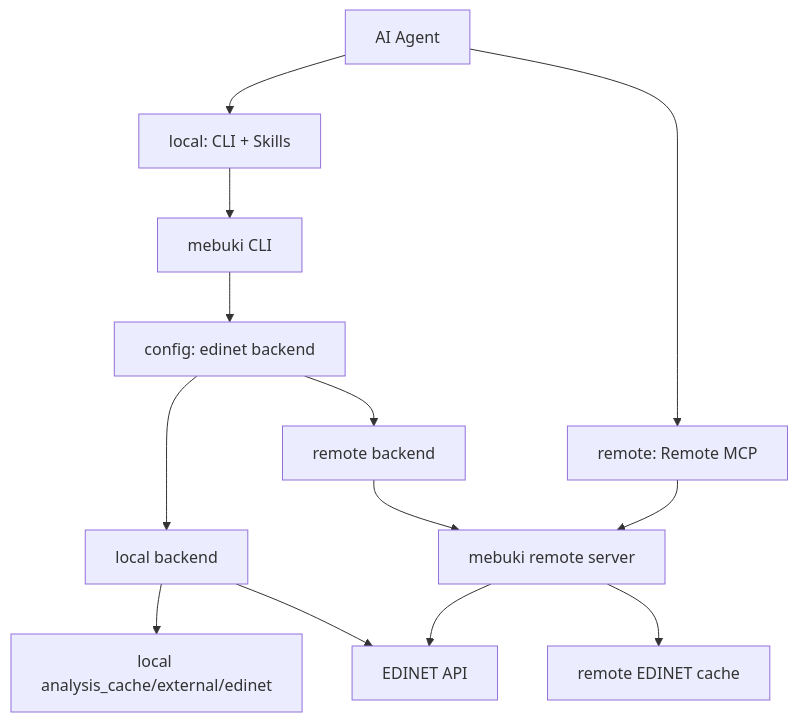
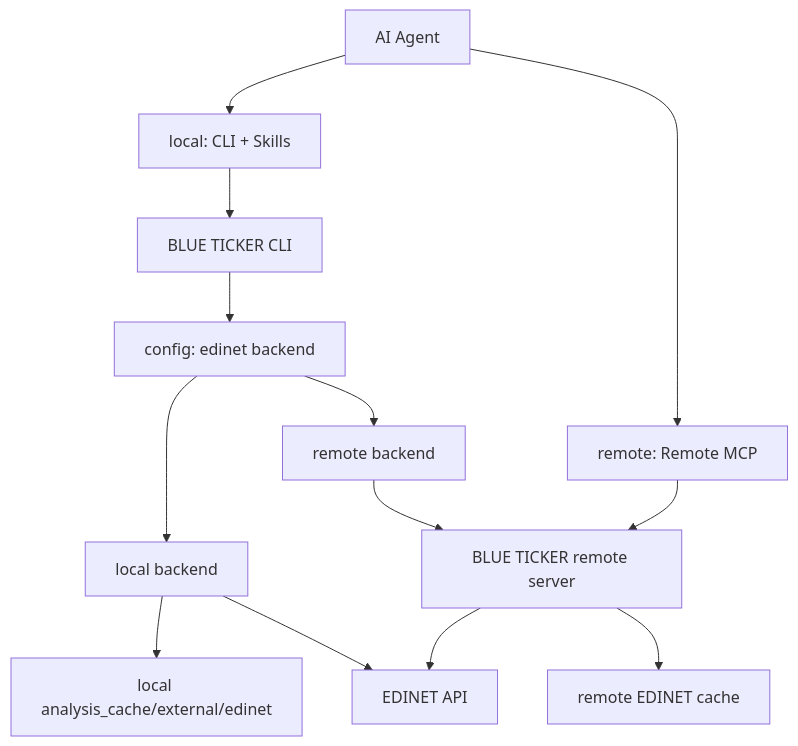
Before and after one commit to sollahiro/mebuki: the diagram in docs/remote-mcp-cache-roadmap.md, drawn with Mermaid. The commit also changed other lines of this file and 6 other files, not shown here.

````diff
--- a/docs/remote-mcp-cache-roadmap.md
+++ b/docs/remote-mcp-cache-roadmap.md
@@ -25,18 +25,18 @@
 ```mermaid
 flowchart TD
     Agent["AI Agent"] --> LocalFlow["local: CLI + Skills"]
     Agent --> RemoteMcp["remote: Remote MCP"]
 
-    LocalFlow --> CLI["mebuki CLI"]
+    LocalFlow --> CLI["BLUE TICKER CLI"]
     CLI --> BackendChoice["config: edinet backend"]
     BackendChoice --> LocalBackend["local backend"]
     BackendChoice --> RemoteBackend["remote backend"]
 
     LocalBackend --> LocalCache["local analysis_cache/external/edinet"]
     LocalBackend --> EdinetAPI["EDINET API"]
 
-    RemoteBackend --> RemoteServer["mebuki remote server"]
+    RemoteBackend --> RemoteServer["BLUE TICKER remote server"]
     RemoteMcp --> RemoteServer
     RemoteServer --> RemoteCache["remote EDINET cache"]
     RemoteServer --> EdinetAPI
 ```
````
